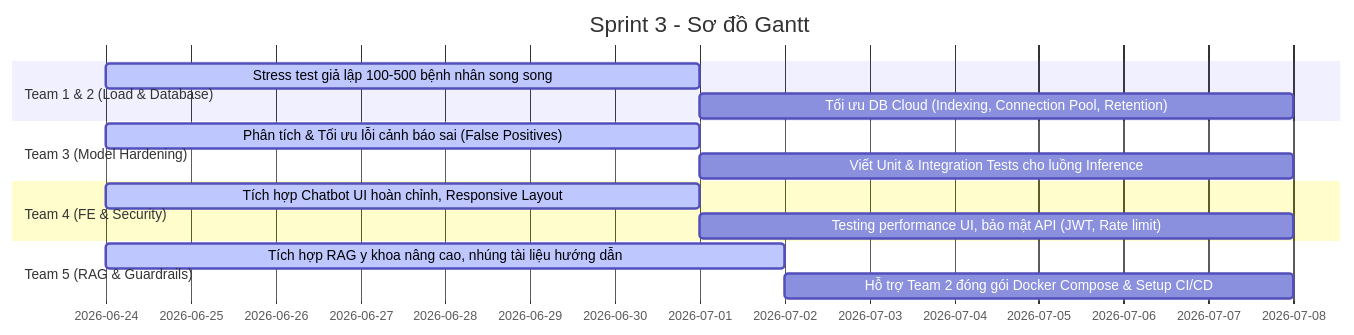
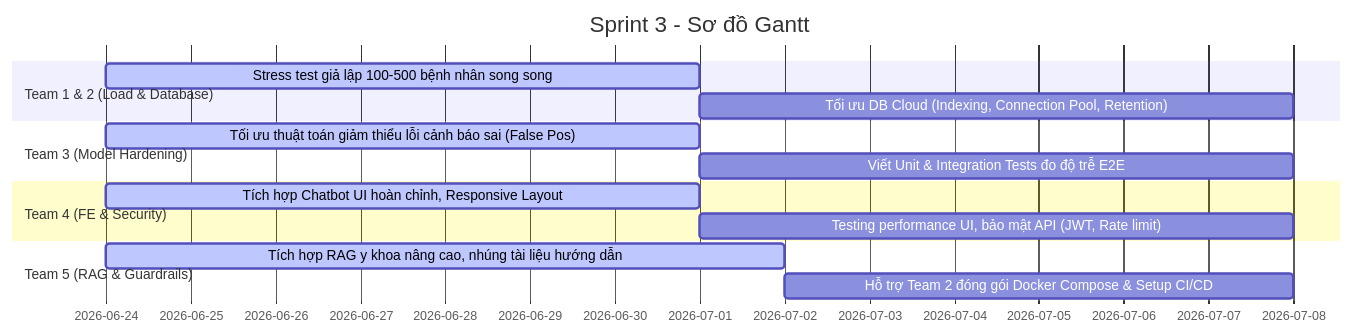
Before and after one commit to linhhtunn/Dashboard: the fourth of 4 diagrams in docs/project_sprint_plan_final.md, drawn with Mermaid. The commit also changed other lines of this file, not shown here.

````diff
--- a/docs/project_sprint_plan_final.md
+++ b/docs/project_sprint_plan_final.md
@@ -209,17 +216,17 @@
 ```mermaid
 gantt
     title Sprint 3 - Sơ đồ Gantt
     dateFormat  YYYY-MM-DD
     section Team 1 & 2 (Load & Database)
     Stress test giả lập 100-500 bệnh nhân song song             :active, 2026-06-24, 7d
     Tối ưu DB Cloud (Indexing, Connection Pool, Retention)     : 7d
     section Team 3 (Model Hardening)
-    Phân tích & Tối ưu lỗi cảnh báo sai (False Positives)      :active, 2026-06-24, 7d
-    Viết Unit & Integration Tests cho luồng Inference          : 7d
+    Tối ưu thuật toán giảm thiểu lỗi cảnh báo sai (False Pos)  :active, 2026-06-24, 7d
+    Viết Unit & Integration Tests đo độ trễ E2E                : 7d
     section Team 4 (FE & Security)
     Tích hợp Chatbot UI hoàn chỉnh, Responsive Layout           :active, 2026-06-24, 7d
     Testing performance UI, bảo mật API (JWT, Rate limit)       : 7d
     section Team 5 (RAG & Guardrails)
     Tích hợp RAG y khoa nâng cao, nhúng tài liệu hướng dẫn     :active, 2026-06-24, 8d
     Hỗ trợ Team 2 đóng gói Docker Compose & Setup CI/CD         : 6d
 ```
````
